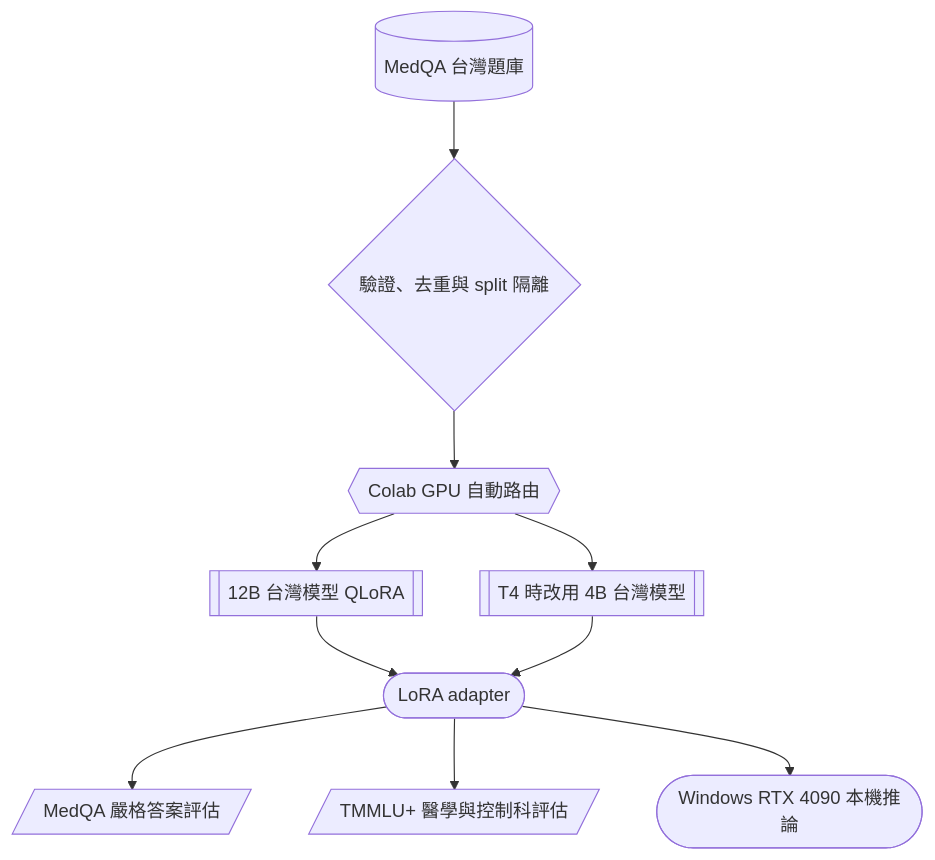
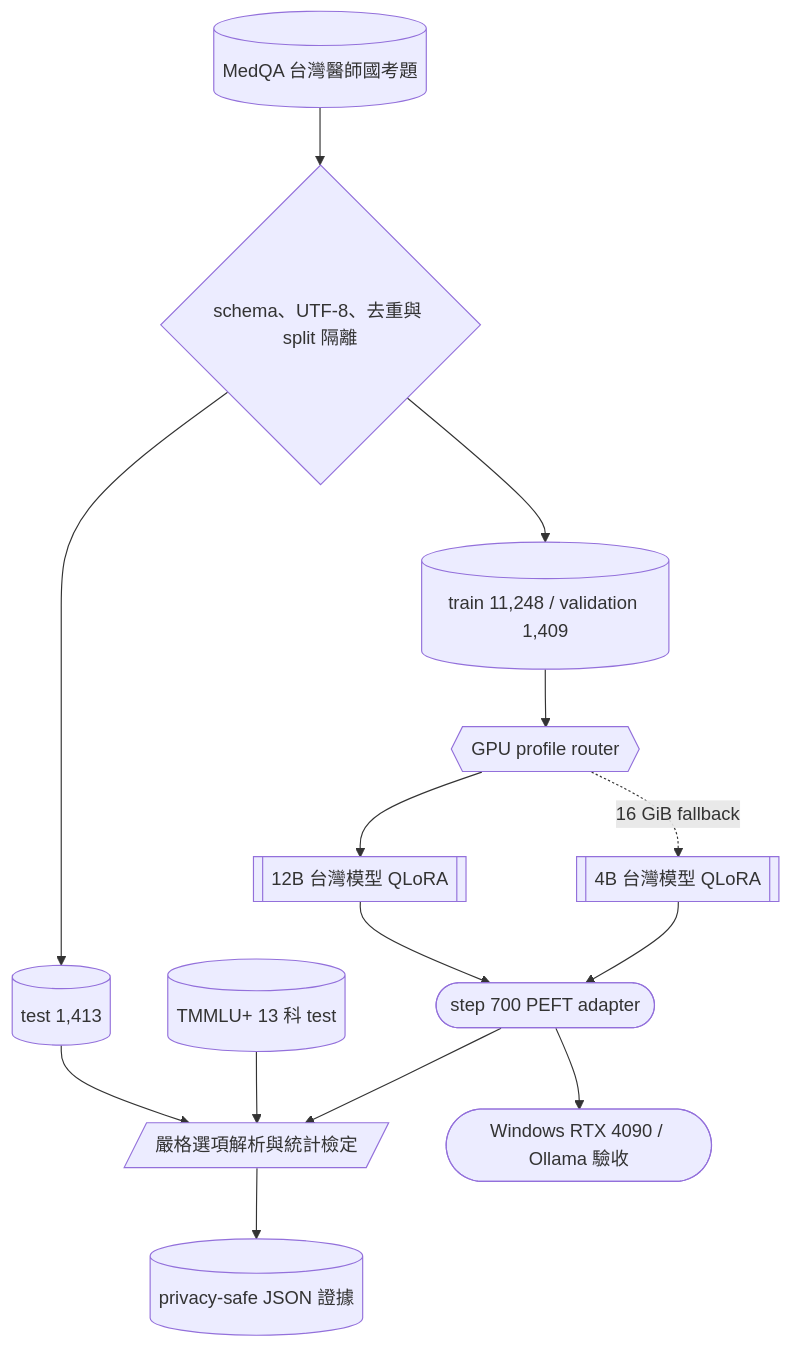
The diagram in README.md (kuotunyu/tw-med-llm-qlora), drawn with Mermaid before and after one commit. The commit also changed other lines of this file, not shown here.

````diff
--- a/README.md
+++ b/README.md
@@ -27,12 +38,16 @@
 ```mermaid
 flowchart TD
-    A[("MedQA 台灣題庫")] --> B{"驗證、去重與 split 隔離"}
-    B --> C{{"Colab GPU 自動路由"}}
-    C --> D[["12B 台灣模型 QLoRA"]]
-    C --> E[["T4 時改用 4B 台灣模型"]]
-    D --> F(["LoRA adapter"])
-    E --> F
-    F --> G[/"MedQA 嚴格答案評估"/]
-    F --> H[/"TMMLU+ 醫學與控制科評估"/]
-    F --> I(["Windows RTX 4090 本機推論"])
+    A[("MedQA 台灣醫師國考題")] --> B{"schema、UTF-8、去重與 split 隔離"}
+    B --> C[("train 11,248 / validation 1,409")]
+    B --> D[("test 1,413")]
+    C --> E{{"GPU profile router"}}
+    E --> F[["12B 台灣模型 QLoRA"]]
+    E -. "16 GiB fallback" .-> G[["4B 台灣模型 QLoRA"]]
+    F --> H(["step 700 PEFT adapter"])
+    G --> H
+    D --> I[/"嚴格選項解析與統計檢定"/]
+    J[("TMMLU+ 13 科 test")] --> I
+    H --> I
+    I --> K[("privacy-safe JSON 證據")]
+    H --> L(["Windows RTX 4090 / Ollama 驗收"])
 ```
````
